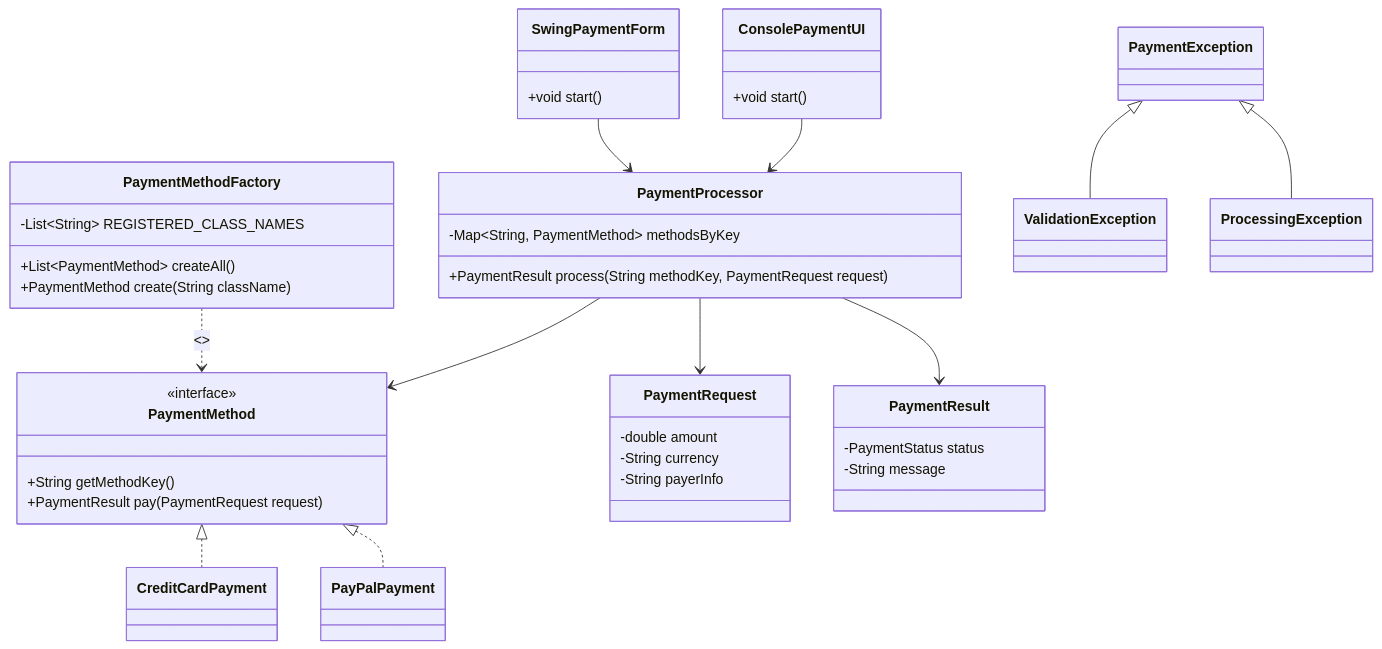
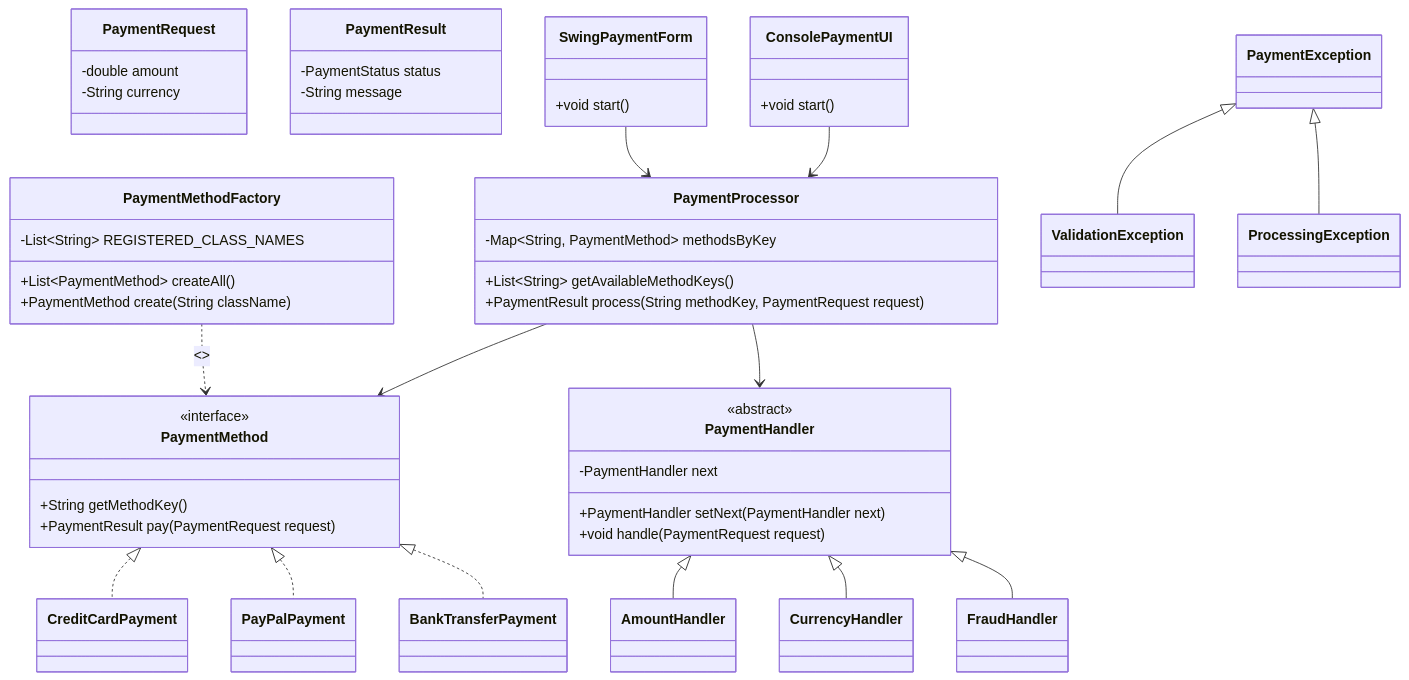
The first of 2 diagrams in README.md (SamedBilginAlternet/n11_final), drawn with Mermaid before and after one commit. The commit also changed other lines of this file, not shown here.

Commit message:
docs: sync README with CoR pattern, BankTransfer, UI auto-sync, updated diagrams and test inputs

````diff
--- a/README.md
+++ b/README.md
@@ -58,56 +80,71 @@
 ```mermaid
 classDiagram
     class PaymentMethod {
       <<interface>>
       +String getMethodKey()
       +PaymentResult pay(PaymentRequest request)
     }
 
     class PaymentMethodFactory {
       -List~String~ REGISTERED_CLASS_NAMES
       +List~PaymentMethod~ createAll()
       +PaymentMethod create(String className)
     }
 
     class CreditCardPayment
     class PayPalPayment
+    class BankTransferPayment
 
     class PaymentProcessor {
       -Map~String, PaymentMethod~ methodsByKey
+      +List~String~ getAvailableMethodKeys()
       +PaymentResult process(String methodKey, PaymentRequest request)
     }
+
+    class PaymentHandler {
+      <<abstract>>
+      -PaymentHandler next
+      +PaymentHandler setNext(PaymentHandler next)
+      +void handle(PaymentRequest request)
+    }
+
+    class AmountHandler
+    class CurrencyHandler
+    class FraudHandler
 
     class PaymentRequest {
       -double amount
       -String currency
-      -String payerInfo
     }
 
     class PaymentResult {
       -PaymentStatus status
       -String message
     }
 
     class PaymentException
     class ValidationException
     class ProcessingException
 
     class SwingPaymentForm {
       +void start()
     }
 
     class ConsolePaymentUI {
       +void start()
     }
 
     PaymentMethod <|.. CreditCardPayment
     PaymentMethod <|.. PayPalPayment
+    PaymentMethod <|.. BankTransferPayment
     PaymentMethodFactory ..> PaymentMethod : <<creates via reflection>>
     PaymentProcessor --> PaymentMethod
-    PaymentProcessor --> PaymentRequest
-    PaymentProcessor --> PaymentResult
+    PaymentProcessor --> PaymentHandler
+    PaymentHandler <|-- AmountHandler
+    PaymentHandler <|-- CurrencyHandler
+    PaymentHandler <|-- FraudHandler
     PaymentException <|-- ValidationException
     PaymentException <|-- ProcessingException
     SwingPaymentForm --> PaymentProcessor
     ConsolePaymentUI --> PaymentProcessor
 ```
````
